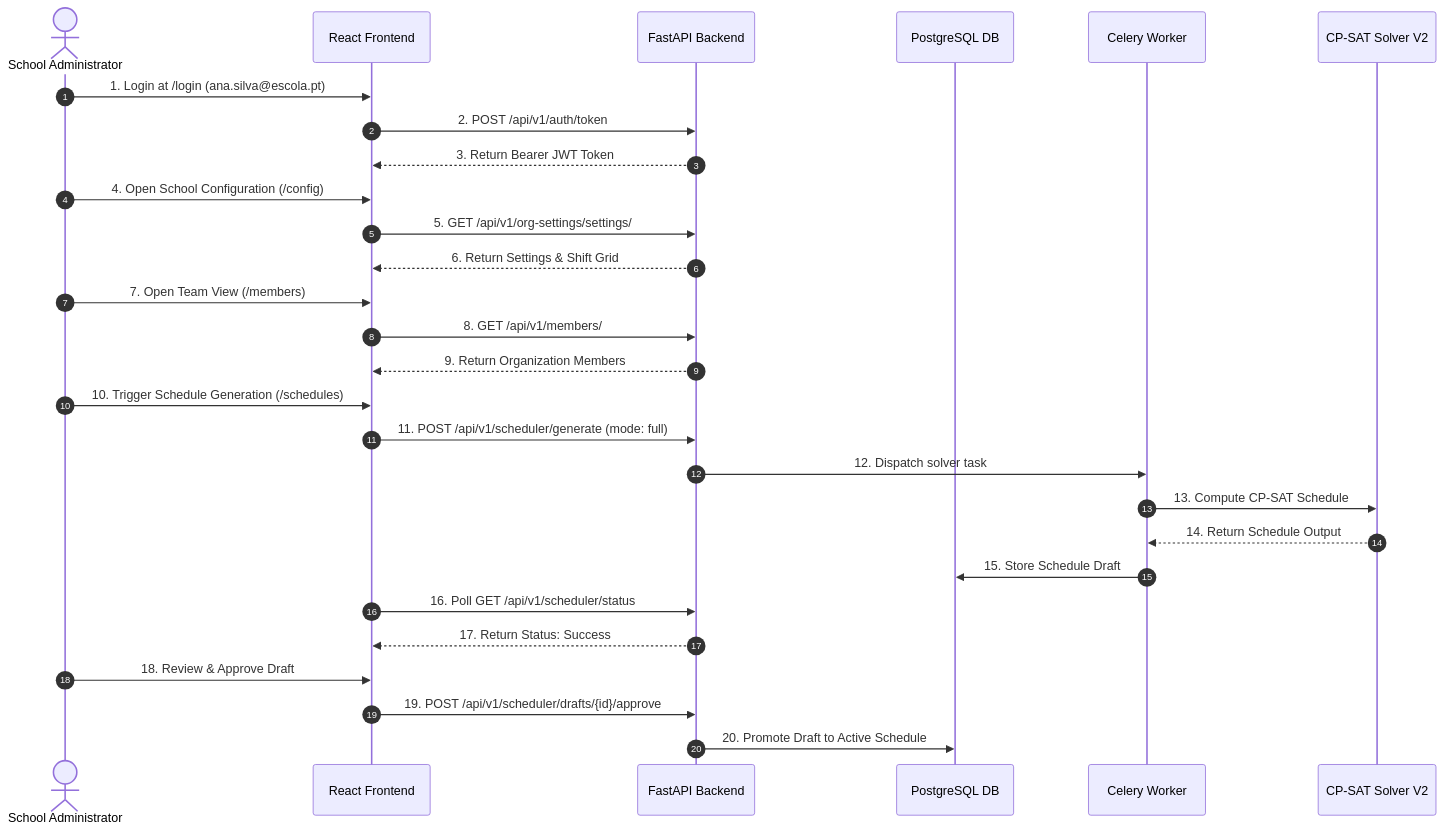
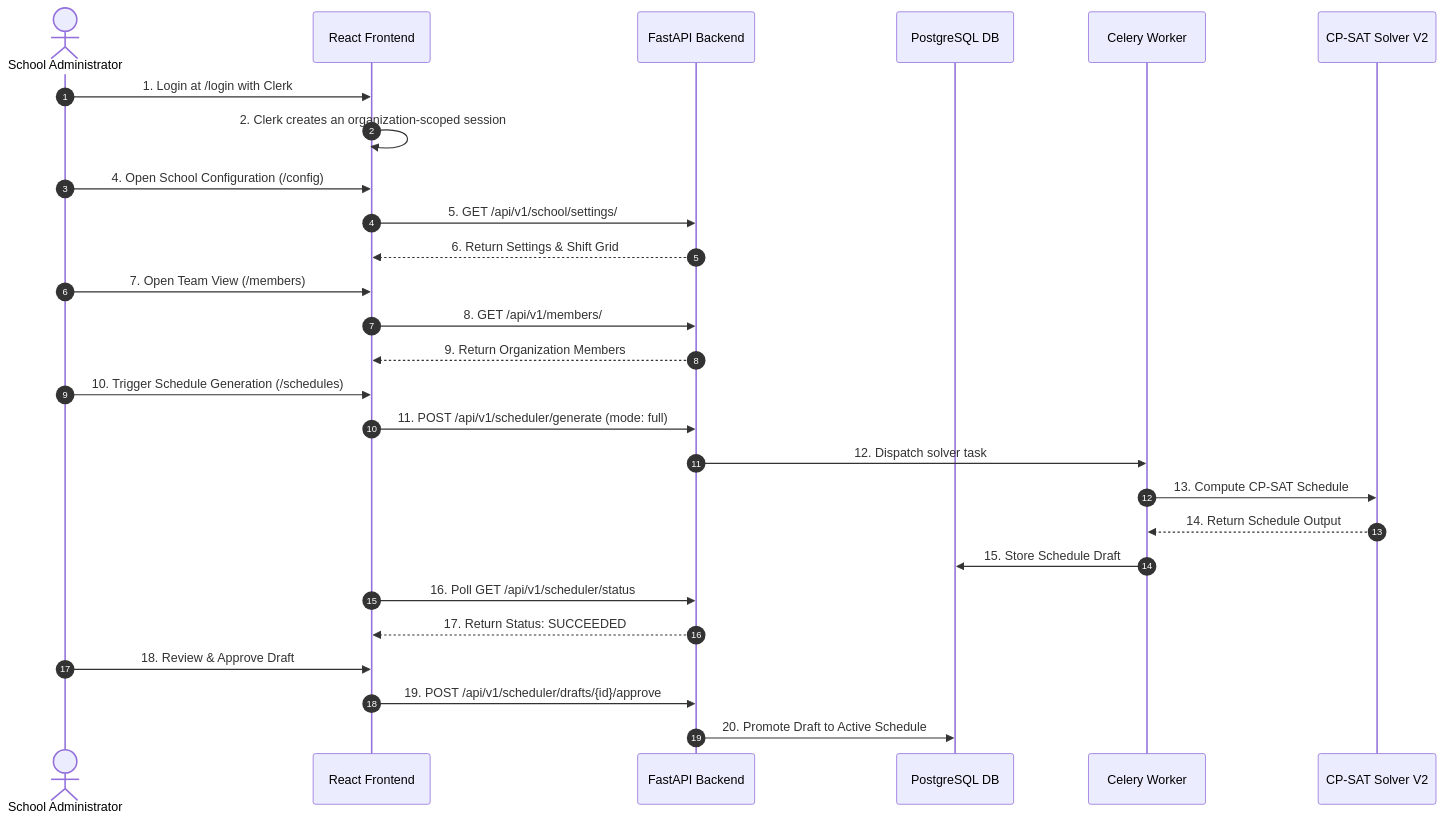
The first of 2 diagrams in documentation/00_getting_started/TECHNICAL_WALKTHROUGH.md (ORIOP25/Cronos), drawn with Mermaid before and after one commit. The commit also changed other lines of this file and 35 other files, not shown here.

````diff
--- a/documentation/00_getting_started/TECHNICAL_WALKTHROUGH.md
+++ b/documentation/00_getting_started/TECHNICAL_WALKTHROUGH.md
@@ -14,31 +14,30 @@
 ```mermaid
 sequenceDiagram
     autonumber
     actor Admin as School Administrator
     participant FE as React Frontend
     participant BE as FastAPI Backend
     participant DB as PostgreSQL DB
     participant Celery as Celery Worker
     participant Solver as CP-SAT Solver V2
 
-    Admin->>FE: 1. Login at /login (ana.silva@escola.pt)
-    FE->>BE: 2. POST /api/v1/auth/token
-    BE-->>FE: 3. Return Bearer JWT Token
+    Admin->>FE: 1. Login at /login with Clerk
+    FE->>FE: 2. Clerk creates an organization-scoped session
     Admin->>FE: 4. Open School Configuration (/config)
-    FE->>BE: 5. GET /api/v1/org-settings/settings/
+    FE->>BE: 5. GET /api/v1/school/settings/
     BE-->>FE: 6. Return Settings & Shift Grid
     Admin->>FE: 7. Open Team View (/members)
     FE->>BE: 8. GET /api/v1/members/
     BE-->>FE: 9. Return Organization Members
     Admin->>FE: 10. Trigger Schedule Generation (/schedules)
     FE->>BE: 11. POST /api/v1/scheduler/generate (mode: full)
     BE->>Celery: 12. Dispatch solver task
     Celery->>Solver: 13. Compute CP-SAT Schedule
     Solver-->>Celery: 14. Return Schedule Output
     Celery->>DB: 15. Store Schedule Draft
     FE->>BE: 16. Poll GET /api/v1/scheduler/status
-    BE-->>FE: 17. Return Status: Success
+    BE-->>FE: 17. Return Status: SUCCEEDED
     Admin->>FE: 18. Review & Approve Draft
     FE->>BE: 19. POST /api/v1/scheduler/drafts/{id}/approve
     BE->>DB: 20. Promote Draft to Active Schedule
 ```
````
